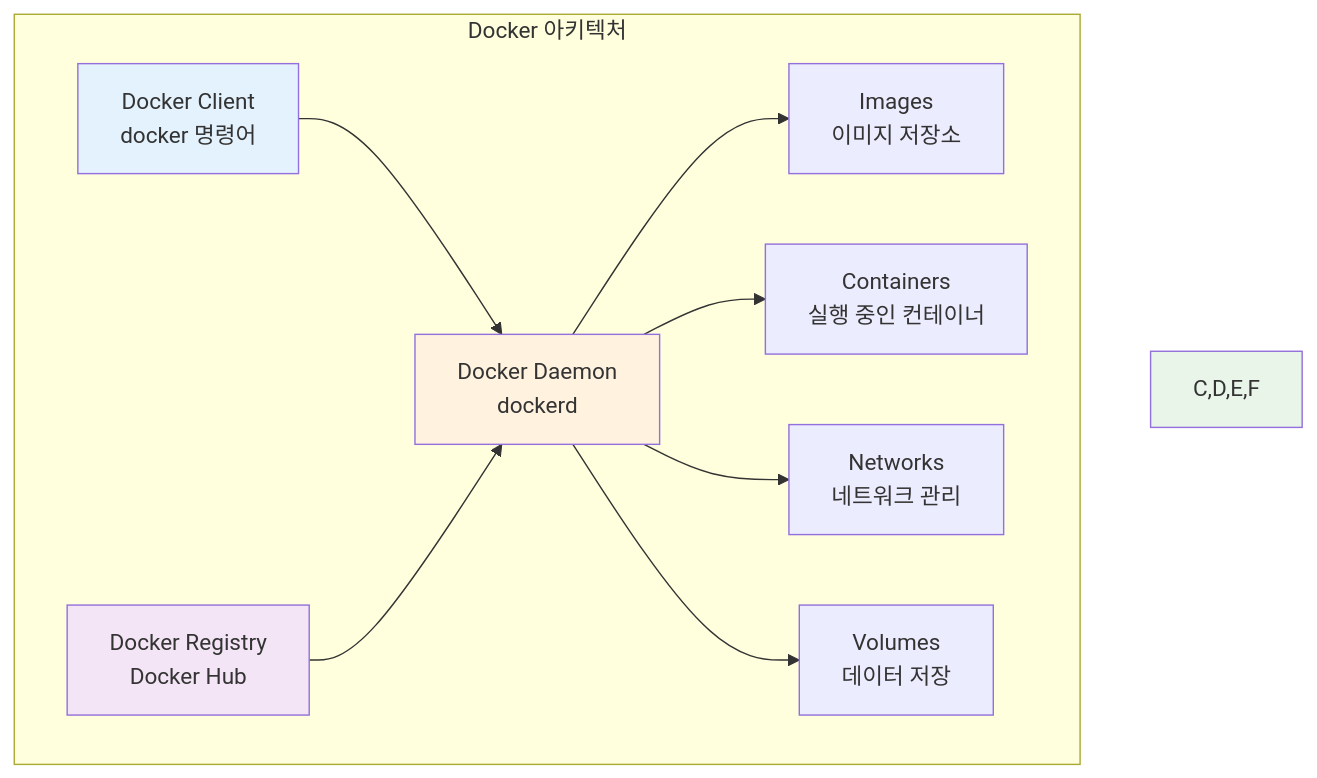
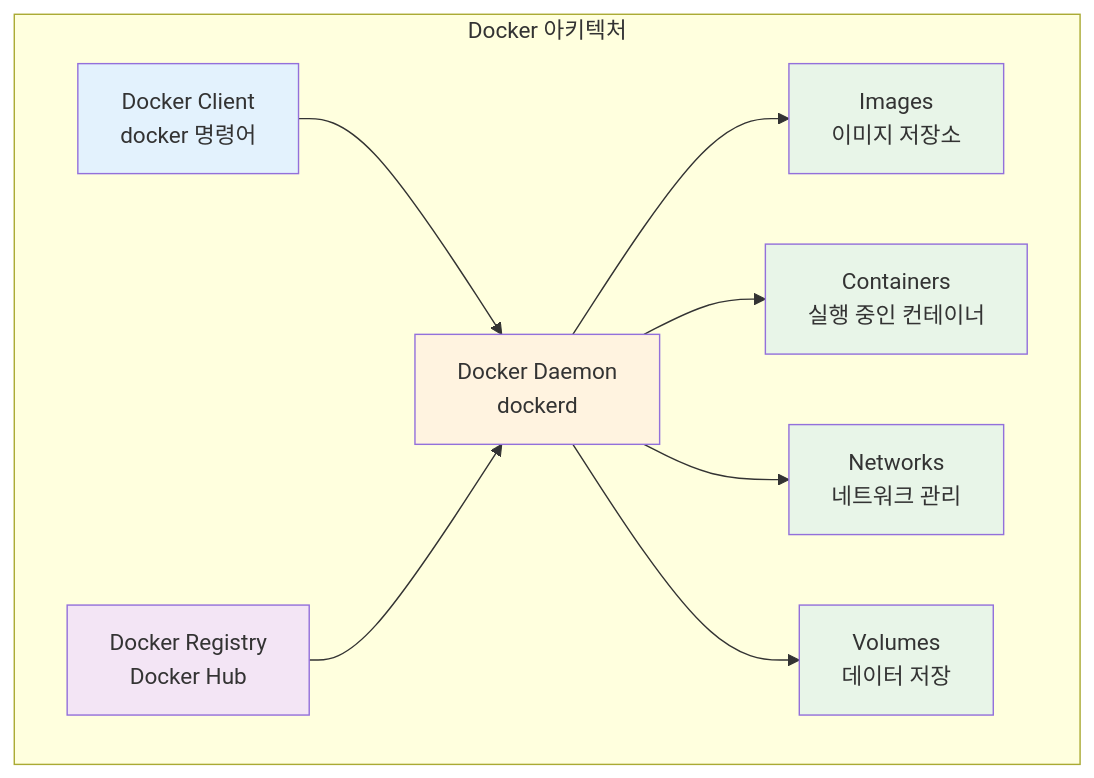
The first of 3 diagrams in theory/week_01/day2/session_2.md (niceguy61/kdt_devops_lecture_2025), drawn with Mermaid before and after one commit. The commit also changed other lines of this file and 1 other file, not shown here.

````diff
--- a/theory/week_01/day2/session_2.md
+++ b/theory/week_01/day2/session_2.md
@@ -44,17 +44,20 @@
 ```mermaid
 graph TB
     subgraph "Docker 아키텍처"
         A[Docker Client<br/>docker 명령어] --> B[Docker Daemon<br/>dockerd]
         B --> C[Images<br/>이미지 저장소]
         B --> D[Containers<br/>실행 중인 컨테이너]
         B --> E[Networks<br/>네트워크 관리]
         B --> F[Volumes<br/>데이터 저장]
         
         G[Docker Registry<br/>Docker Hub] --> B
     end
     
     style A fill:#e3f2fd
     style B fill:#fff3e0
-    style C,D,E,F fill:#e8f5e8
+    style C fill:#e8f5e8
+    style D fill:#e8f5e8
+    style E fill:#e8f5e8
+    style F fill:#e8f5e8
     style G fill:#f3e5f5
 ```
````
